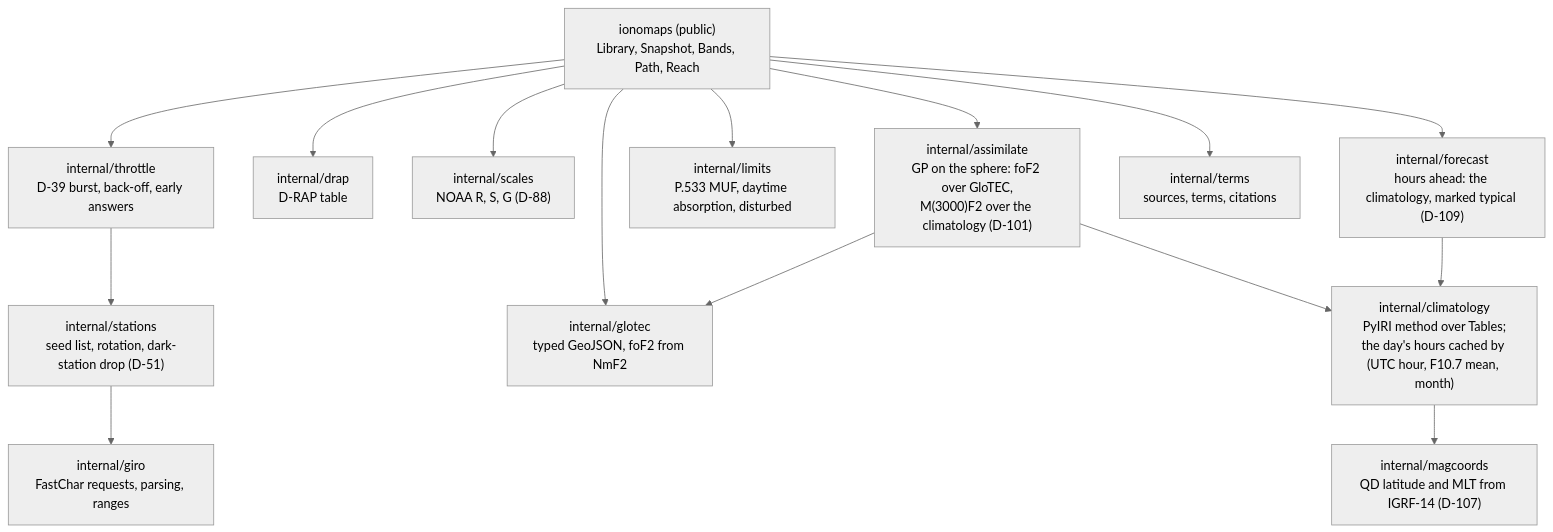
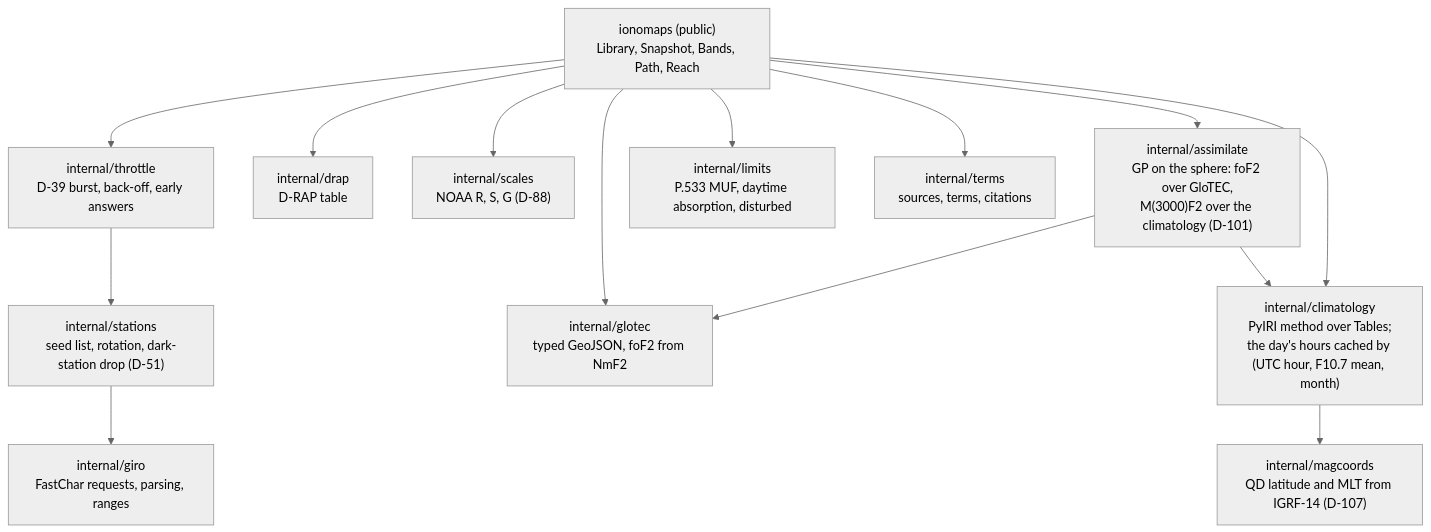
The diagram in 06_docs/02_features/go-ionomaps/03-architecture-design/design.md (branden-thompson/go-giro-data), drawn with Mermaid (neutral theme) before and after one commit. The commit also changed other lines of this file and 7 other files, not shown here.

````diff
--- a/06_docs/02_features/go-ionomaps/03-architecture-design/design.md
+++ b/06_docs/02_features/go-ionomaps/03-architecture-design/design.md
@@ -19,27 +19,26 @@
 ```mermaid
 flowchart TB
   API["ionomaps (public)<br/>Library, Snapshot, Bands, Path, Reach"]
   THR["internal/throttle<br/>D-39 burst, back-off, early answers"]
   ST["internal/stations<br/>seed list, rotation, dark-station drop (D-51)"]
   GIRO["internal/giro<br/>FastChar requests, parsing, ranges"]
   GT["internal/glotec<br/>typed GeoJSON, foF2 from NmF2"]
   DR["internal/drap<br/>D-RAP table"]
   SC["internal/scales<br/>NOAA R, S, G (D-88)"]
   CL["internal/climatology<br/>PyIRI method over Tables;<br/>the day's hours cached by (UTC hour, F10.7 mean, month)"]
   MC["internal/magcoords<br/>QD latitude and MLT from IGRF-14 (D-107)"]
   AS["internal/assimilate<br/>GP on the sphere: foF2 over GloTEC,<br/>M(3000)F2 over the climatology (D-101)"]
   LIM["internal/limits<br/>P.533 MUF, daytime absorption, disturbed"]
-  FC["internal/forecast<br/>hours ahead: the climatology, marked typical (D-109)"]
   TM["internal/terms<br/>sources, terms, citations"]
   API --> THR --> ST --> GIRO
   API --> GT
   API --> DR
   API --> SC
   API --> AS
   AS --> GT
   AS --> CL
   API --> LIM
-  API --> FC --> CL
+  API --> CL
   CL --> MC
   API --> TM
 ```
````
